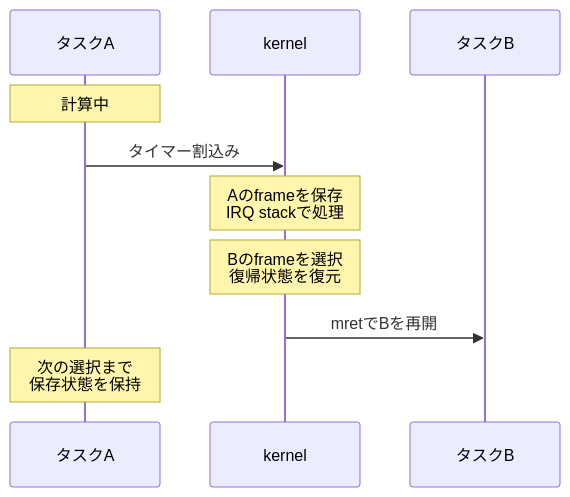
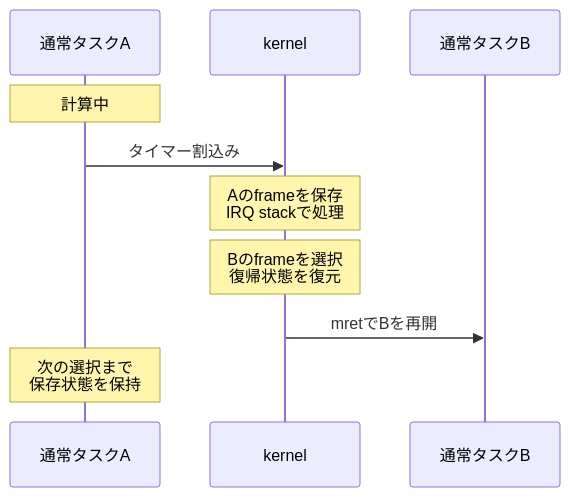
The diagram in docs/book/figures/context-switch.mmd (masanork/nihos), drawn with Mermaid before and after one commit. The commit also changed 43 other files, not shown here.

```diff
--- a/docs/book/figures/context-switch.mmd
+++ b/docs/book/figures/context-switch.mmd
@@ -1,12 +1,12 @@
 sequenceDiagram
     accTitle: 保存した復帰先を、別のタスクへ切り替える
     accDescr: タスクAへのタイマー割込みでframeを保存し、kernelがタスクBのframeを選ぶ。mretはBを再開し、Aは次に選ばれるまで保存状態を保持する。
-    participant A as タスクA
+    participant A as 通常タスクA
     participant K as kernel
-    participant B as タスクB
+    participant B as 通常タスクB
     Note over A: 計算中
     A->>K: タイマー割込み
     Note over K: Aのframeを保存<br/>IRQ stackで処理
     Note over K: Bのframeを選択<br/>復帰状態を復元
     K->>B: mretでBを再開
     Note over A: 次の選択まで<br/>保存状態を保持
```
